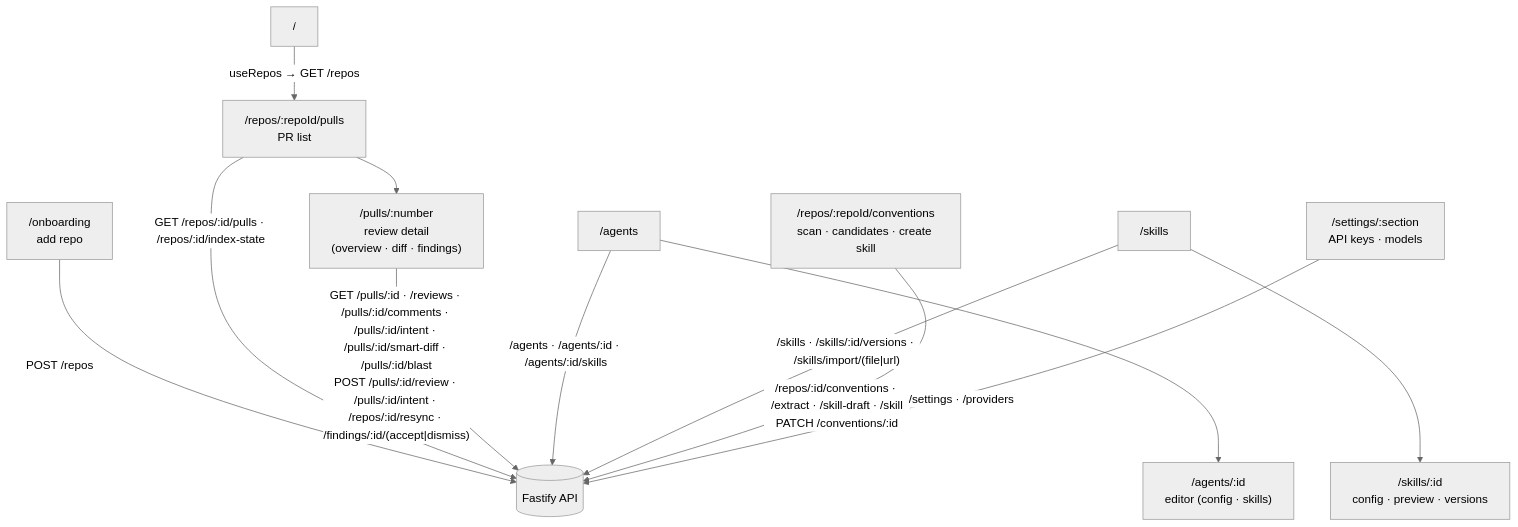
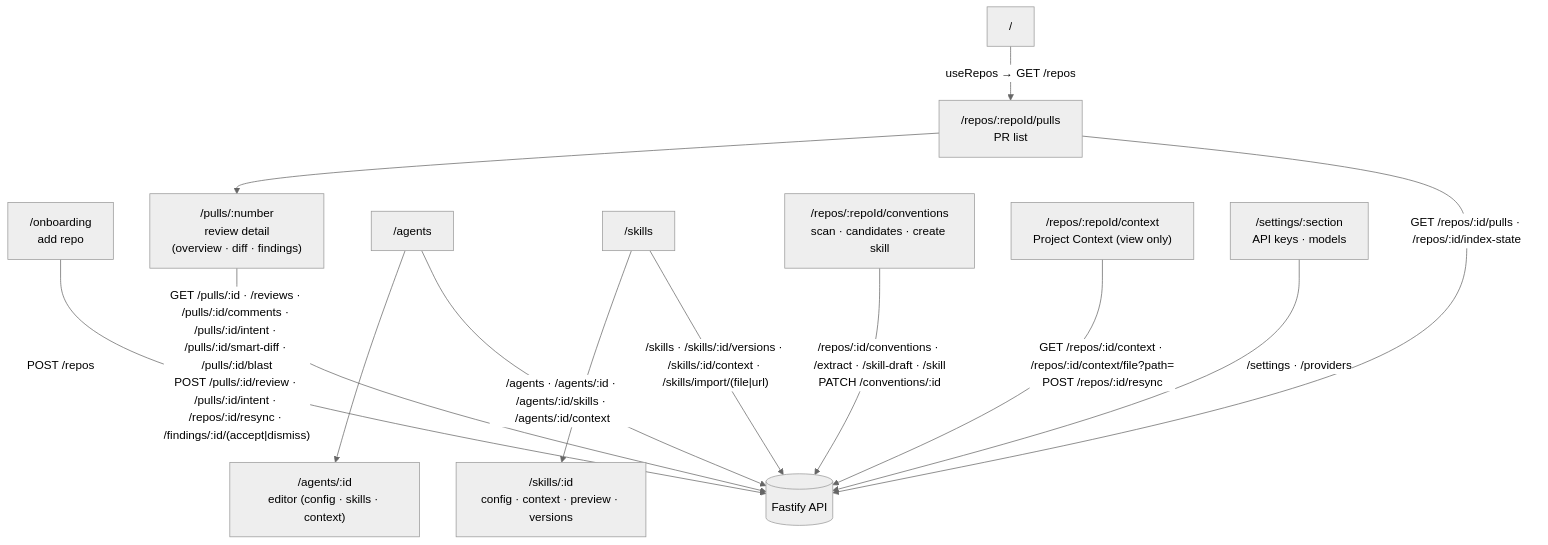
The diagram in client/README.md (yrazub/dev-digest), drawn with Mermaid (neutral theme) before and after one commit. The commit also changed other lines of this file and 19 other files, not shown here.

Commit message:
docs: document Project Context across the packages

````diff
--- a/client/README.md
+++ b/client/README.md
@@ -24,18 +24,20 @@
 ```mermaid
 flowchart TD
   ROOT["/"] -->|"useRepos → GET /repos"| PULLS["/repos/:repoId/pulls<br/>PR list"]
   ONB["/onboarding<br/>add repo"] -->|"POST /repos"| API[("Fastify API")]
   PULLS --> PR["/pulls/:number<br/>review detail<br/>(overview · diff · findings)"]
 
-  AGENTS["/agents"] --> AGENT["/agents/:id<br/>editor (config · skills)"]
-  SKILLS["/skills"] --> SKILL["/skills/:id<br/>config · preview · versions"]
+  AGENTS["/agents"] --> AGENT["/agents/:id<br/>editor (config · skills · context)"]
+  SKILLS["/skills"] --> SKILL["/skills/:id<br/>config · context · preview · versions"]
   CONV["/repos/:repoId/conventions<br/>scan · candidates · create skill"]
+  CTX["/repos/:repoId/context<br/>Project Context (view only)"]
   SETTINGS["/settings/:section<br/>API keys · models"]
 
   PULLS -->|"GET /repos/:id/pulls · /repos/:id/index-state"| API
   PR -->|"GET /pulls/:id · /reviews · /pulls/:id/comments · /pulls/:id/intent · /pulls/:id/smart-diff · /pulls/:id/blast<br/>POST /pulls/:id/review · /pulls/:id/intent · /repos/:id/resync · /findings/:id/(accept|dismiss)"| API
-  AGENTS -->|"/agents · /agents/:id · /agents/:id/skills"| API
-  SKILLS -->|"/skills · /skills/:id/versions · /skills/import/(file|url)"| API
+  AGENTS -->|"/agents · /agents/:id · /agents/:id/skills · /agents/:id/context"| API
+  SKILLS -->|"/skills · /skills/:id/versions · /skills/:id/context · /skills/import/(file|url)"| API
+  CTX -->|"GET /repos/:id/context · /repos/:id/context/file?path=<br/>POST /repos/:id/resync"| API
   CONV -->|"/repos/:id/conventions · /extract · /skill-draft · /skill<br/>PATCH /conventions/:id"| API
   SETTINGS -->|"/settings · /providers"| API
 ```
````
